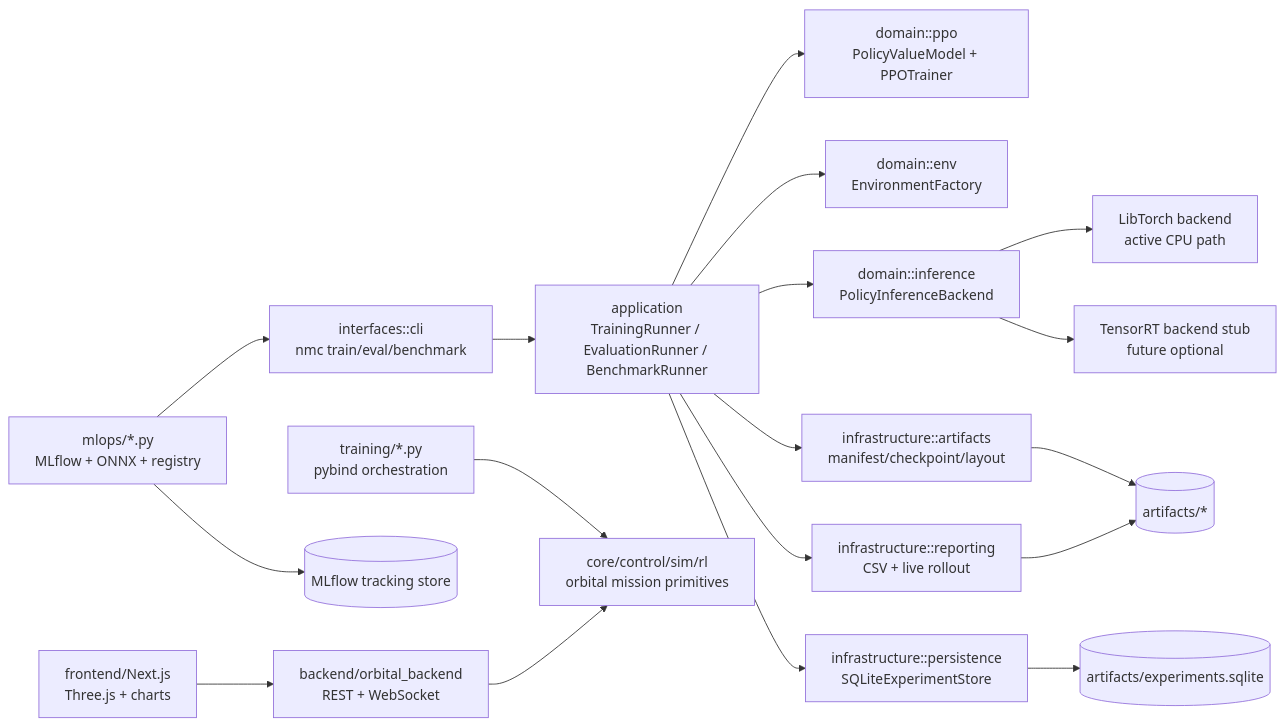
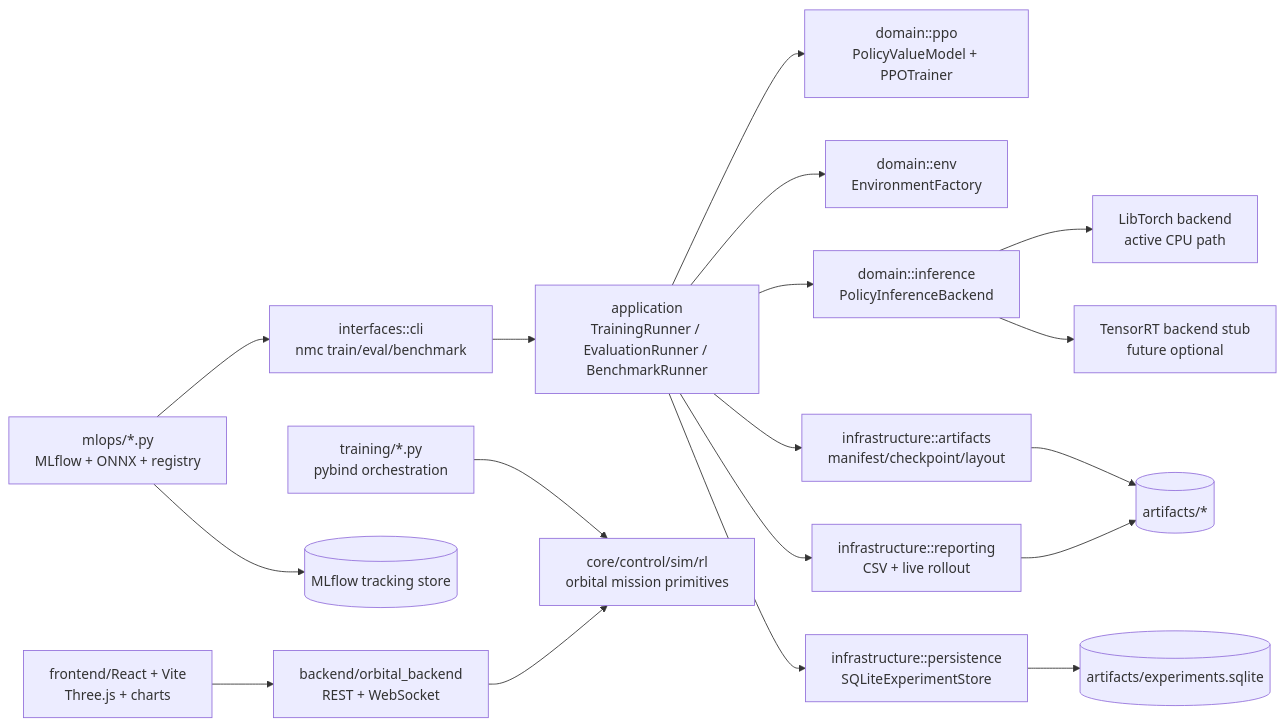
Before and after one commit to gabriel-lab-ia/Orbital-Neural-Control-CPP: the diagram in docs/uml/component-diagram.md, drawn with Mermaid. The commit also changed 49 other files, not shown here.

````diff
--- a/docs/uml/component-diagram.md
+++ b/docs/uml/component-diagram.md
@@ -3,26 +3,26 @@
 ```mermaid
 flowchart LR
     CLI[interfaces::cli\nnmc train/eval/benchmark] --> APP[application\nTrainingRunner / EvaluationRunner / BenchmarkRunner]
 
     APP --> PPO[domain::ppo\nPolicyValueModel + PPOTrainer]
     APP --> ENV[domain::env\nEnvironmentFactory]
     APP --> INF[domain::inference\nPolicyInferenceBackend]
 
     APP --> ART[infrastructure::artifacts\nmanifest/checkpoint/layout]
     APP --> DB[infrastructure::persistence\nSQLiteExperimentStore]
     APP --> REP[infrastructure::reporting\nCSV + live rollout]
 
     INF --> LIBTORCH[LibTorch backend\nactive CPU path]
     INF --> TRTSTUB[TensorRT backend stub\nfuture optional]
 
     TRAINPY[training/*.py\npybind orchestration] --> CORE[core/control/sim/rl\norbital mission primitives]
     MLFLOW[mlops/*.py\nMLflow + ONNX + registry] --> CLI
     MLFLOW --> MLF[(MLflow tracking store)]
 
     BACKEND[backend/orbital_backend\nREST + WebSocket] --> CORE
-    FRONTEND[frontend/Next.js\nThree.js + charts] --> BACKEND
+    FRONTEND[frontend/React + Vite\nThree.js + charts] --> BACKEND
 
     DB --> SQLITE[(artifacts/experiments.sqlite)]
     ART --> FS[(artifacts/*)]
     REP --> FS
 ```
````
